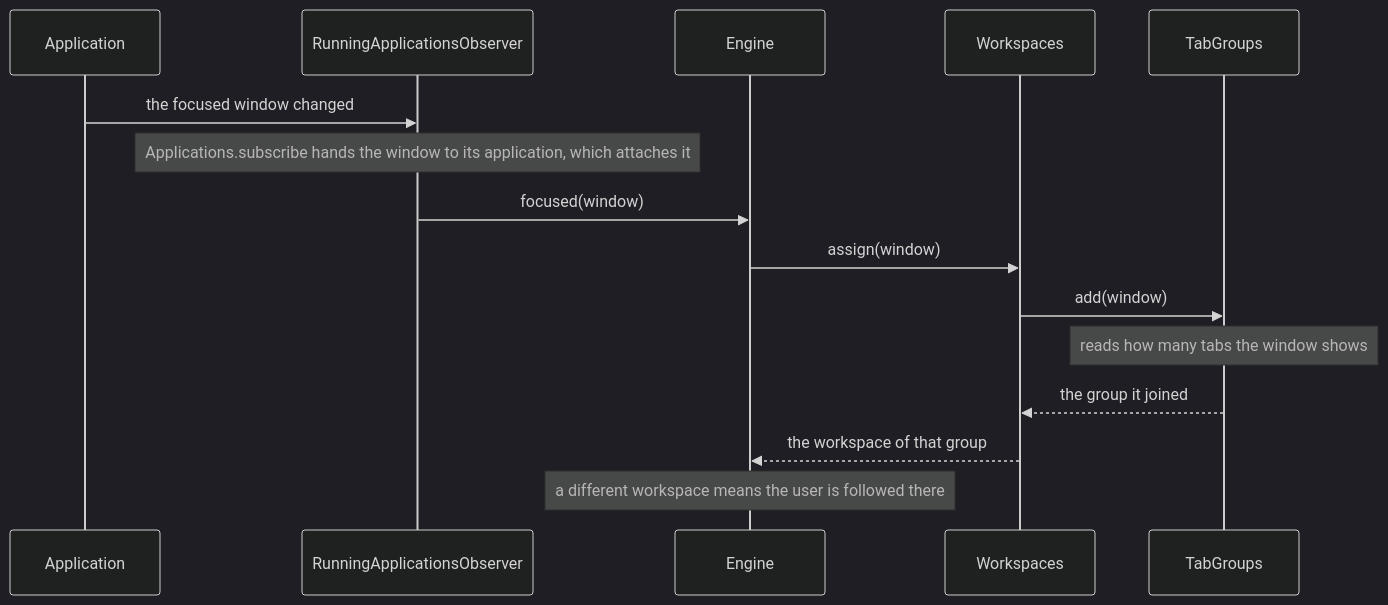
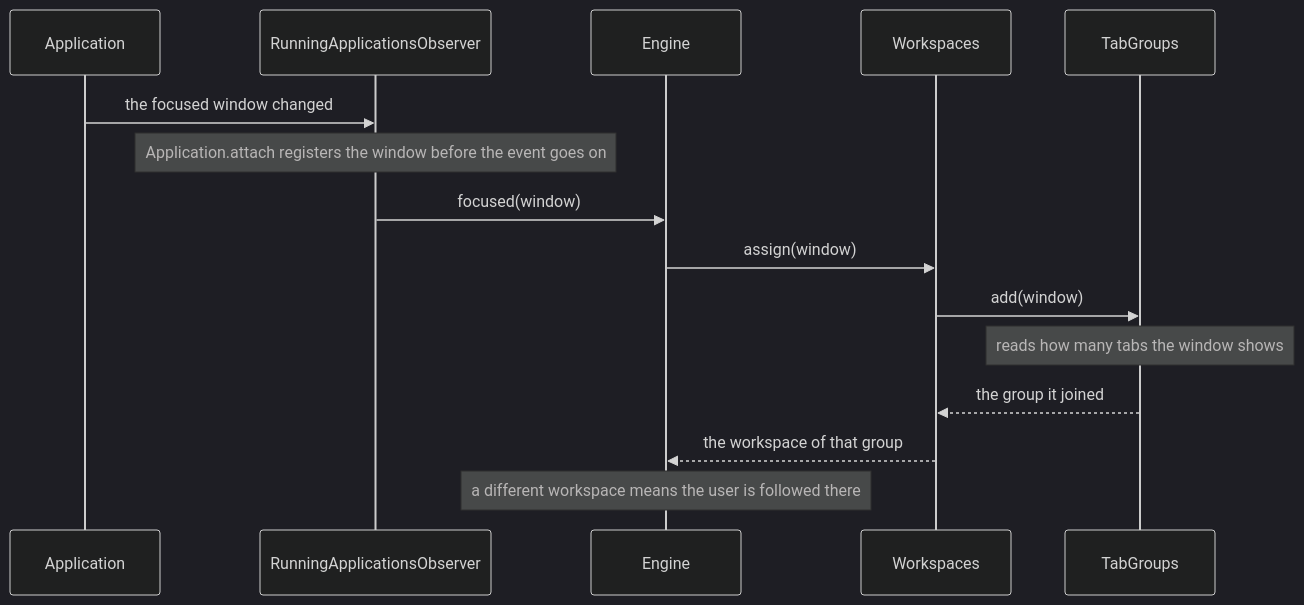
Before and after one commit to brennovich/ottowm: diagram 17 of 18 in ARCHITECTURE.md, drawn with Mermaid (dark theme). The commit also changed other lines of this file, not shown here.

Commit message:
Name Application.attach in the discovery notes
ARCHITECTURE.md described the focused-window attach as
Applications.subscribe, a name the registry has not had since it grew
add. The attaching itself is Application.attach, which both the focus
notification and WindowSystem.focused() go through.

````diff
--- a/ARCHITECTURE.md
+++ b/ARCHITECTURE.md
@@ -371,18 +371,18 @@
 ```mermaid
 sequenceDiagram
     participant Application
     participant RunningApplicationsObserver
     participant Engine
     participant Workspaces
     participant TabGroups
 
     Application->>RunningApplicationsObserver: the focused window changed
-    Note over RunningApplicationsObserver: Applications.subscribe hands the window to its application, which attaches it
+    Note over RunningApplicationsObserver: Application.attach registers the window before the event goes on
     RunningApplicationsObserver->>Engine: focused(window)
     Engine->>Workspaces: assign(window)
     Workspaces->>TabGroups: add(window)
     Note over TabGroups: reads how many tabs the window shows
     TabGroups-->>Workspaces: the group it joined
     Workspaces-->>Engine: the workspace of that group
     Note over Engine: a different workspace means the user is followed there
 ```
````
